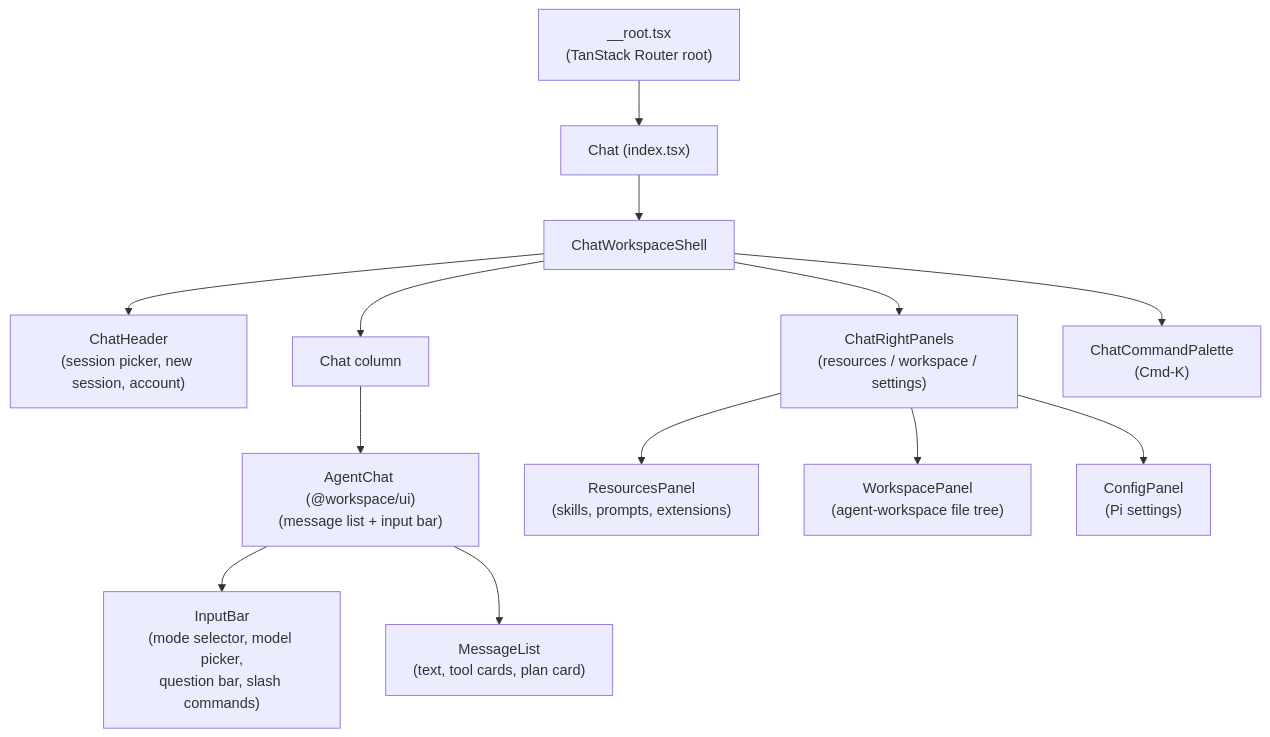
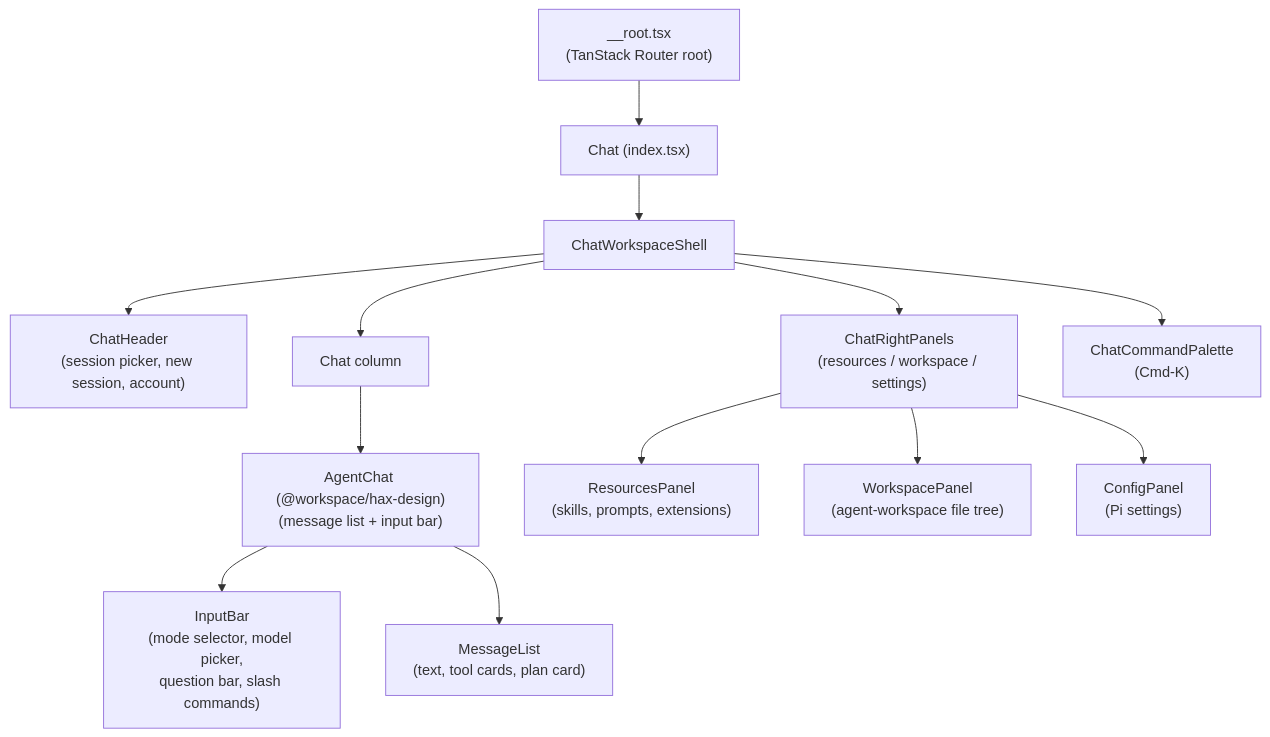
Before and after one commit to Qredence/fleet-pi: the first of 2 diagrams in docs/wiki/apps/web/index.md, drawn with Mermaid. The commit also changed other lines of this file and 284 other files, not shown here.

First line of the commit message:
refactor: consolidate UI in @workspace/hax-design as single source of truth

````diff
--- a/docs/wiki/apps/web/index.md
+++ b/docs/wiki/apps/web/index.md
@@ -133,16 +119,16 @@
 ```mermaid
 graph TD
     Root["__root.tsx\n(TanStack Router root)"]
     Root --> Chat["Chat (index.tsx)"]
     Chat --> Shell["ChatWorkspaceShell"]
     Shell --> Header["ChatHeader\n(session picker, new session, account)"]
     Shell --> Column["Chat column"]
     Shell --> RightPanels["ChatRightPanels\n(resources / workspace / settings)"]
-    Column --> AgentChat["AgentChat (@workspace/ui)\n(message list + input bar)"]
+    Column --> AgentChat["AgentChat (@workspace/hax-design)\n(message list + input bar)"]
     AgentChat --> InputBar["InputBar\n(mode selector, model picker,\nquestion bar, slash commands)"]
     AgentChat --> MessageList["MessageList\n(text, tool cards, plan card)"]
     Shell --> CommandPalette["ChatCommandPalette\n(Cmd-K)"]
     RightPanels --> ResourcesPanel["ResourcesPanel\n(skills, prompts, extensions)"]
     RightPanels --> WorkspacePanel["WorkspacePanel\n(agent-workspace file tree)"]
     RightPanels --> ConfigPanel["ConfigPanel\n(Pi settings)"]
 ```
````
